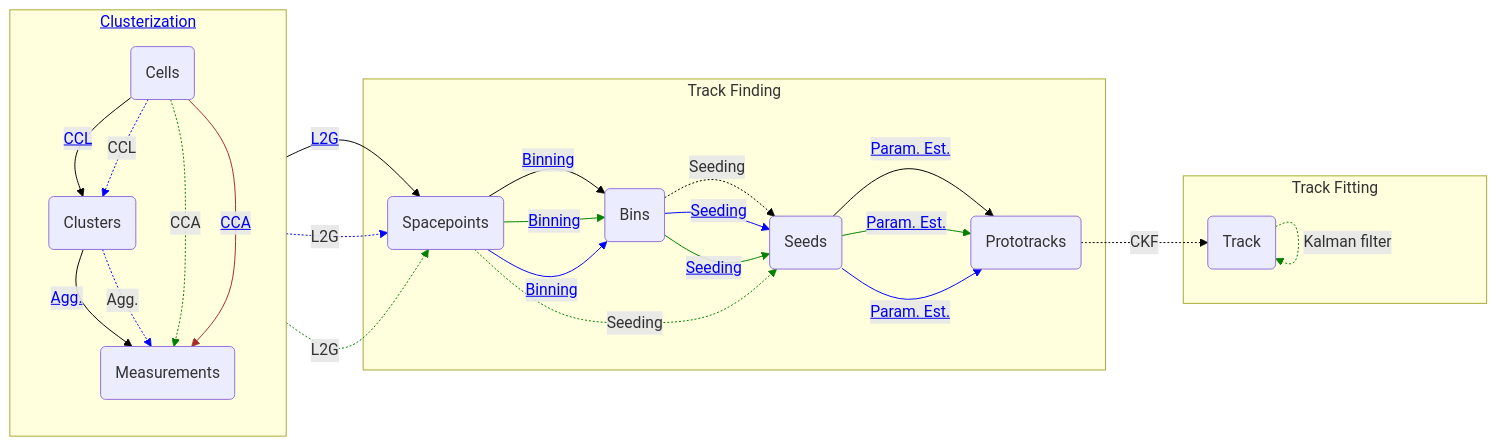
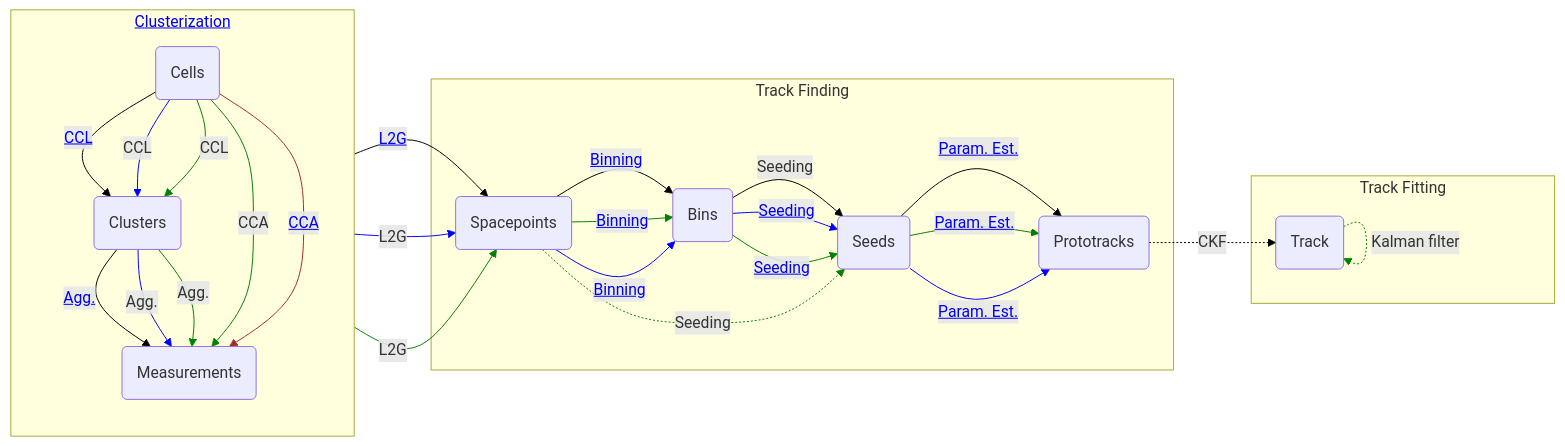
One commit to acts-project/traccc changed the diagram in README.md. Above: the diagram before and after it, drawn with Mermaid. The commit also changed other lines of this file, not shown here.

````diff
--- a/README.md
+++ b/README.md
@@ -57,86 +57,94 @@
     linkStyle 0 stroke: black;
 
     %% SYCL CCL algorithm
-    cell -.->|CCL| cluster;
+    cell -->|CCL| cluster;
     linkStyle 1 stroke: blue;
+
+    %% CUDA CCL algorithm
+    cell -->|CCL| cluster;
+    linkStyle 2 stroke: green;
 
     %% CPU clusterization
     cluster -->|<a href='https://github.com/acts-project/traccc/blob/main/core/include/traccc/clusterization/measurement_creation.hpp'>Agg.</a>| meas;
-    linkStyle 2 stroke: black;
+    linkStyle 3 stroke: black;
 
     %% SYCL clusterization
-    cluster -.->|Agg.| meas;
-    linkStyle 3 stroke: blue;
+    cluster -->|Agg.| meas;
+    linkStyle 4 stroke: blue;
+
+    %% CUDA clusterization
+    cluster -->|Agg.| meas;
+    linkStyle 5 stroke: green;
 
     %% CUDA CCA
-    cell -.->|CCA| meas;
-    linkStyle 4 stroke: green;
+    cell -->|CCA| meas;
+    linkStyle 6 stroke: green;
 
     %% CPU local to global
     meas -->|<a href='https://github.com/acts-project/traccc/blob/main/core/include/traccc/clusterization/spacepoint_formation.hpp'>L2G</a>| sp;
-    linkStyle 5 stroke: black;
+    linkStyle 7 stroke: black;
 
     %% SYCL local to global
-    meas -.->|L2G| sp;
-    linkStyle 6 stroke: blue;
+    meas -->|L2G| sp;
+    linkStyle 8 stroke: blue;
 
     %% CUDA local to global
-    meas -.->|L2G| sp;
-    linkStyle 7 stroke: green;
+    meas -->|L2G| sp;
+    linkStyle 9 stroke: green;
 
     %% CPU binning
     sp -->|<a href='https://github.com/acts-project/traccc/blob/main/core/include/traccc/seeding/spacepoint_binning.hpp'>Binning</a>| bin;
-    linkStyle 8 stroke: black;
+    linkStyle 10 stroke: black;
 
     %% CUDA binning
     sp -->|<a href='https://github.com/acts-project/traccc/blob/main/device/cuda/include/traccc/cuda/seeding/spacepoint_binning.hpp'>Binning</a>| bin;
-    linkStyle 9 stroke: green;
+    linkStyle 11 stroke: green;
 
     %% CPU seeding
-    bin -.->|Seeding| seed;
-    linkStyle 10 stroke: black;
+    bin -->|Seeding| seed;
+    linkStyle 12 stroke: black;
 
     %% SYCL seeding
     bin -->|<a href='https://github.com/acts-project/traccc/blob/main/device/sycl/include/traccc/sycl/seeding/seed_finding.hpp'>Seeding</a>| seed;
-    linkStyle 11 stroke: blue;
+    linkStyle 13 stroke: blue;
 
     %% CUDA seeding
     bin -->|<a href='https://github.com/acts-project/traccc/tree/main/device/cuda/include/traccc/cuda/seeding'>Seeding</a>| seed;
-    linkStyle 12 stroke: green;
+    linkStyle 14 stroke: green;
 
     %% CUDA binless seeding
     sp -.->|Seeding| seed;
-    linkStyle 13 stroke: green;
+    linkStyle 15 stroke: green;
 
     %% CPU param est.
     seed -->|<a href='https://github.com/acts-project/traccc/blob/main/core/include/traccc/seeding/track_params_estimation.hpp'>Param. Est.</a>| ptrack;
-    linkStyle 14 stroke: black;
+    linkStyle 16 stroke: black;
 
     %% CUDA param est.
     seed -->|<a href='https://github.com/acts-project/traccc/blob/main/device/cuda/include/traccc/cuda/seeding/track_params_estimation.hpp'>Param. Est.</a>| ptrack;
-    linkStyle 15 stroke: green;
+    linkStyle 17 stroke: green;
 
     %% CPU CKF
     ptrack -.->|CKF| track;
-    linkStyle 16 stroke: black;
+    linkStyle 18 stroke: black;
 
     %% CPU Kalman filter
     track -.->|Kalman filter| track;
-    linkStyle 17 stroke: black;
+    linkStyle 19 stroke: black;
 
     %% CUDA kalman filter
     track -.->|Kalman filter| track;
-    linkStyle 18 stroke: green;
+    linkStyle 20 stroke: green;
 
     %% SYCL binning
     sp -->|<a href='https://github.com/acts-project/traccc/blob/main/device/sycl/include/traccc/sycl/seeding/spacepoint_binning.hpp'>Binning</a>| bin;
-    linkStyle 19 stroke: blue;
+    linkStyle 21 stroke: blue;
 
     %% SYCL track parameter est.
     seed -->|<a href='https://github.com/acts-project/traccc/blob/main/device/sycl/include/traccc/sycl/seeding/track_params_estimation.hpp'>Param. Est.</a>| ptrack;
-    linkStyle 20 stroke: blue;
+    linkStyle 22 stroke: blue;
 
     %% Futhark measurement creation
     cell -->|<a href='https://github.com/acts-project/traccc/blob/main/device/futhark/src/measurement_creation.fut'>CCA</a>| meas;
-    linkStyle 21 stroke: brown;
+    linkStyle 23 stroke: brown;
 ```
````
